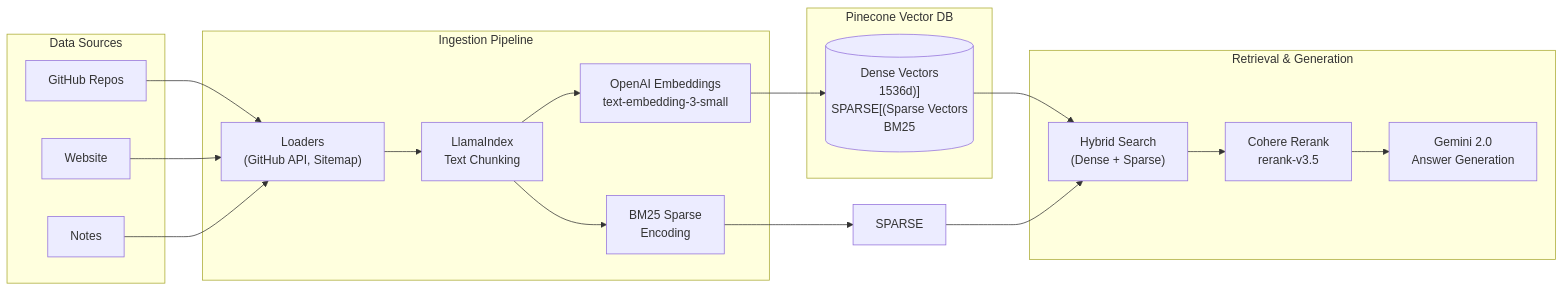
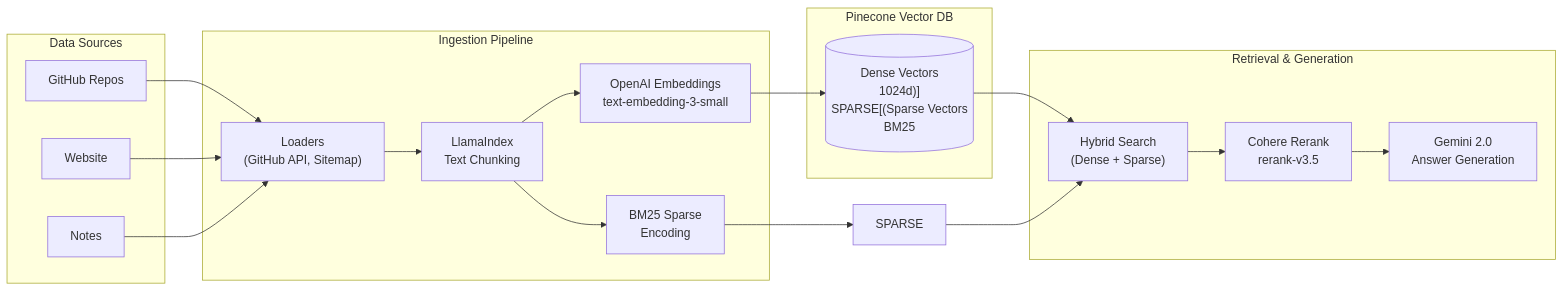
The diagram in README.md (roger-twan/rag-server), drawn with Mermaid before and after one commit. The commit also changed other lines of this file and 10 other files, not shown here.

````diff
--- a/README.md
+++ b/README.md
@@ -15,43 +15,43 @@
 ```mermaid
 flowchart LR
     subgraph Sources["Data Sources"]
         GH["GitHub Repos"]
         WEB["Website"]
         NOTES["Notes"]
     end
 
     subgraph Pipeline["Ingestion Pipeline"]
         LOADERS["Loaders<br/>(GitHub API, Sitemap)"]
         CHUNK["LlamaIndex<br/>Text Chunking"]
         EMBED["OpenAI Embeddings<br/>text-embedding-3-small"]
         BM25["BM25 Sparse<br/>Encoding"]
     end
 
     subgraph VectorDB["Pinecone Vector DB"]
-        DENSE[("Dense Vectors<br/>1536d)]
+        DENSE[("Dense Vectors<br/>1024d)]
         SPARSE[("Sparse Vectors<br/>BM25)]
     end
 
     subgraph Retrieval["Retrieval & Generation"]
         HYBRID["Hybrid Search<br/>(Dense + Sparse)"]
         RERANK["Cohere Rerank<br/>rerank-v3.5"]
         GEMINI["Gemini 2.0<br/>Answer Generation"]
     end
 
     GH --> LOADERS
     WEB --> LOADERS
     NOTES --> LOADERS
     
     LOADERS --> CHUNK
     CHUNK --> EMBED
     CHUNK --> BM25
     
     EMBED --> DENSE
     BM25 --> SPARSE
     
     DENSE --> HYBRID
     SPARSE --> HYBRID
     
     HYBRID --> RERANK
     RERANK --> GEMINI
 ```
````
